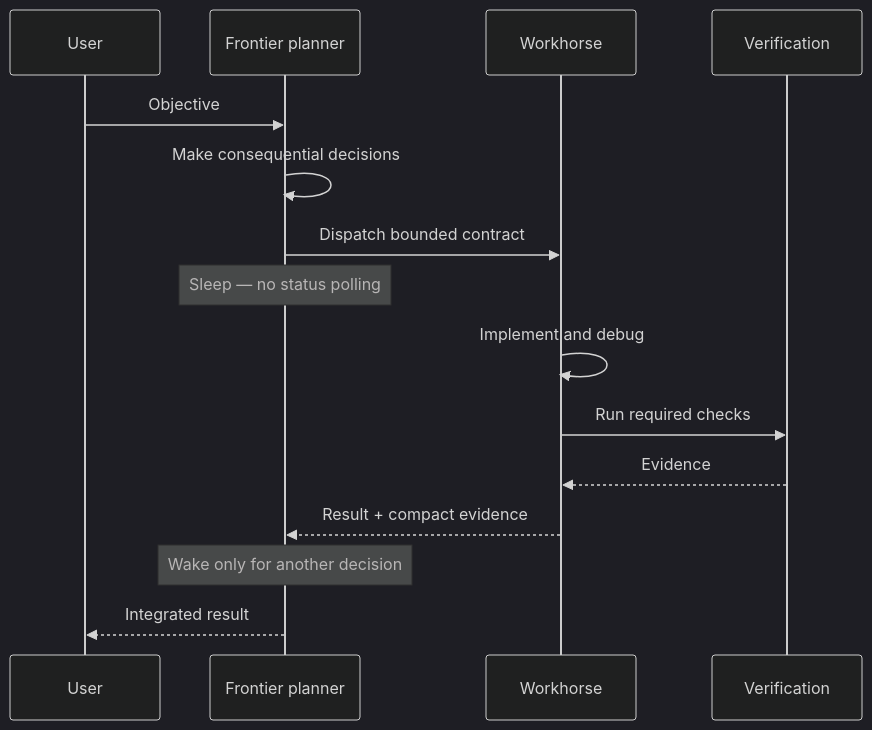
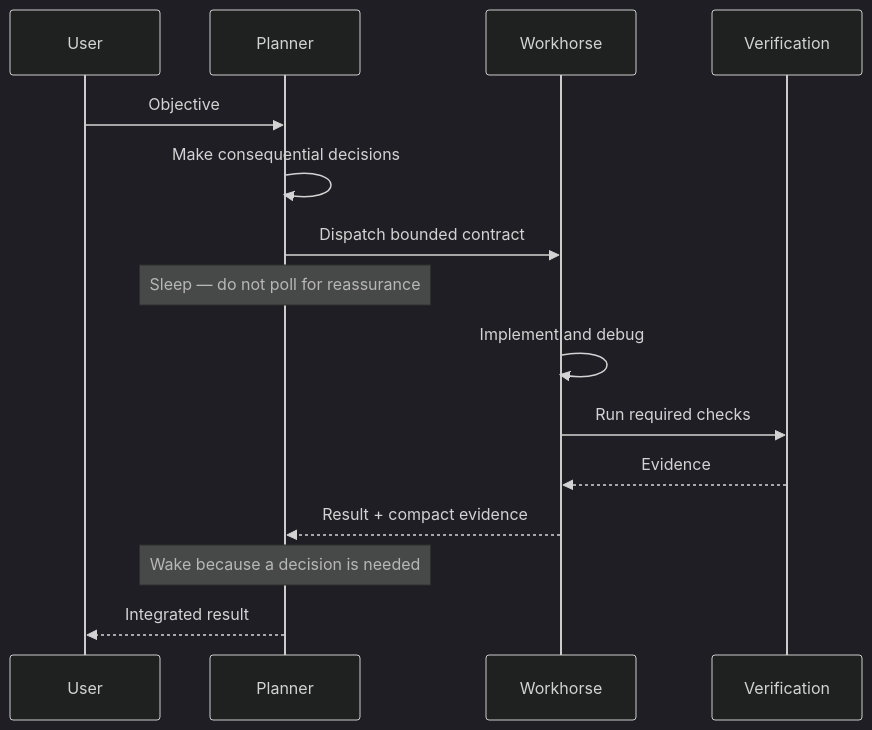
The second of 4 diagrams in docs/articles/frontier-decisions-cheap-execution.md (Strataward/durable-threads), drawn with Mermaid (dark theme) before and after one commit. The commit also changed other lines of this file and 13 other files, not shown here.

````diff
--- a/docs/articles/frontier-decisions-cheap-execution.md
+++ b/docs/articles/frontier-decisions-cheap-execution.md
@@ -86,18 +103,18 @@
 ```mermaid
 sequenceDiagram
     participant U as User
-    participant P as Frontier planner
+    participant P as Planner
     participant W as Workhorse
     participant V as Verification
 
     U->>P: Objective
     P->>P: Make consequential decisions
     P->>W: Dispatch bounded contract
-    Note over P: Sleep — no status polling
+    Note over P: Sleep — do not poll for reassurance
     W->>W: Implement and debug
     W->>V: Run required checks
     V-->>W: Evidence
     W-->>P: Result + compact evidence
-    Note over P: Wake only for another decision
+    Note over P: Wake because a decision is needed
     P-->>U: Integrated result
 ```
````
